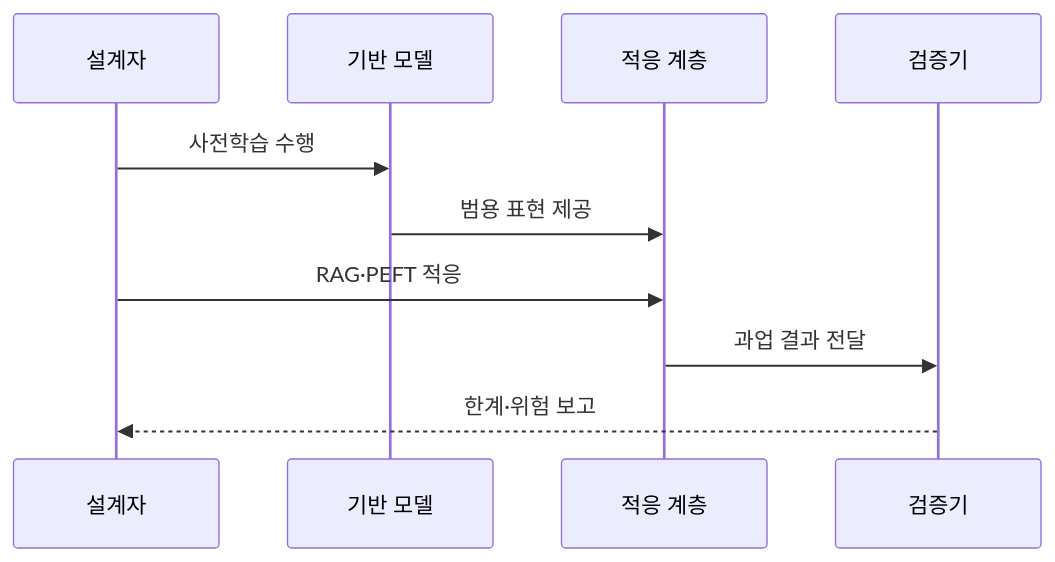
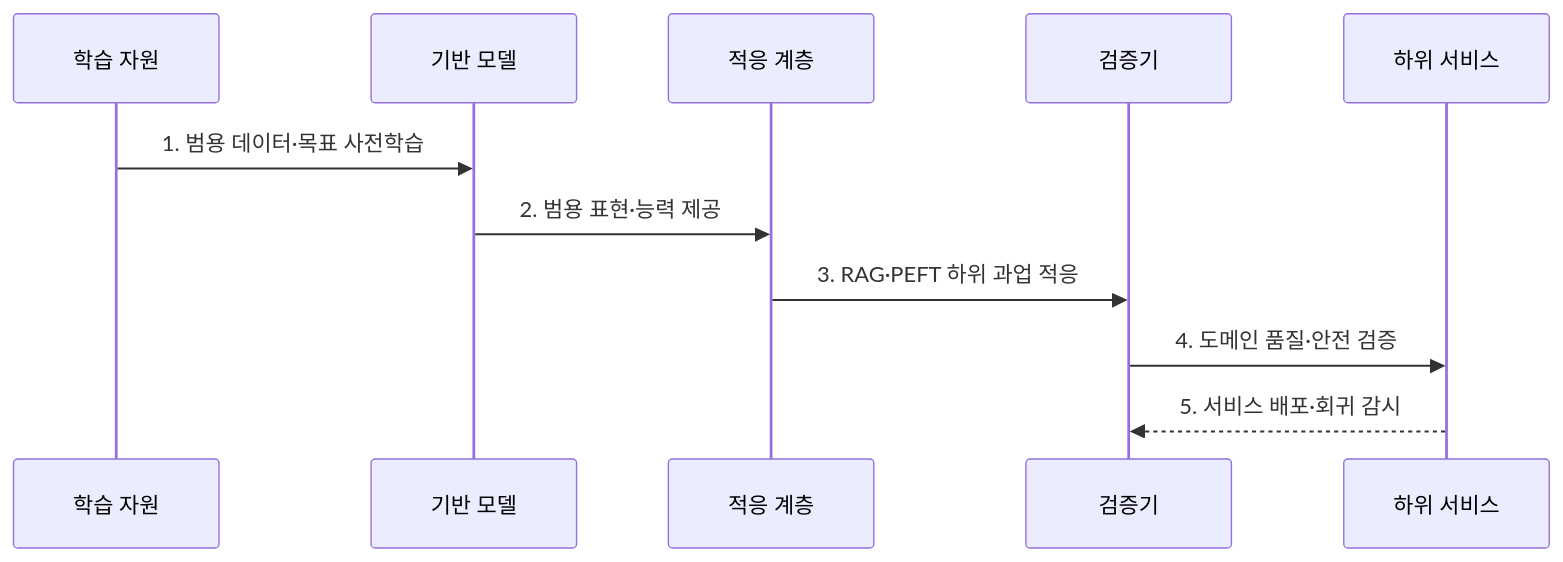
Before and after one commit to agnusdei1207/knowledge-base: the second of 2 diagrams in src/content/docs/notes/08-latest-tech/026_foundation_model.md, drawn with Mermaid. The commit also changed other lines of this file and 26 other files, not shown here.

````diff
--- a/src/content/docs/notes/08-latest-tech/026_foundation_model.md
+++ b/src/content/docs/notes/08-latest-tech/026_foundation_model.md
@@ -73,12 +74,13 @@
 ```mermaid
 sequenceDiagram
-    participant D as 설계자
+    participant D as 학습 자원
     participant M as 기반 모델
     participant A as 적응 계층
     participant V as 검증기
-    D->>M: 사전학습 수행
-    M->>A: 범용 표현 제공
-    D->>A: RAG·PEFT 적응
-    A->>V: 과업 결과 전달
-    V-->>D: 한계·위험 보고
+    participant S as 하위 서비스
+    D->>M: 1. 범용 데이터·목표 사전학습
+    M->>A: 2. 범용 표현·능력 제공
+    A->>V: 3. RAG·PEFT 하위 과업 적응
+    V->>S: 4. 도메인 품질·안전 검증
+    S-->>V: 5. 서비스 배포·회귀 감시
 ```
````
